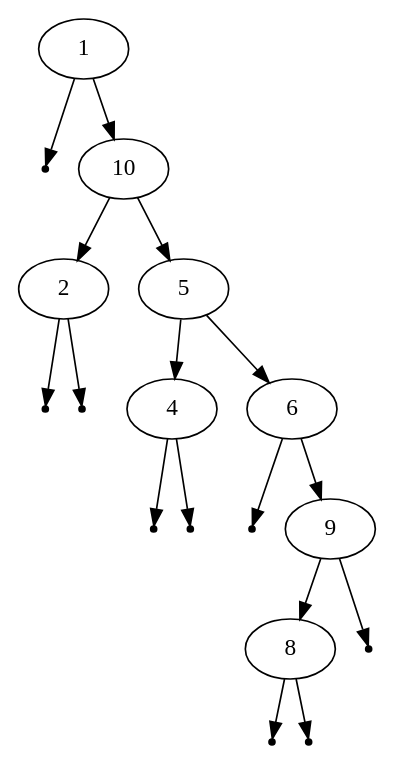
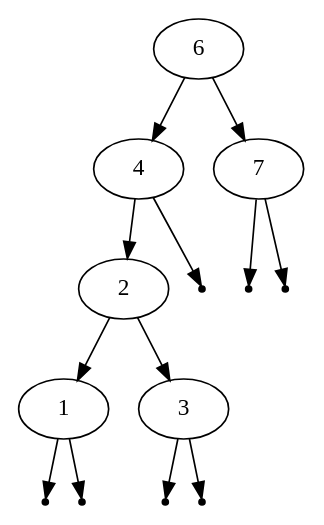
Before and after one commit to aschey/cs260: the diagram in graph.dot, drawn with Graphviz. The commit also changed 10 other files, not shown here.

```diff
--- a/graph.dot
+++ b/graph.dot
@@ -1,36 +1,28 @@
 digraph {
 graph [ordering="out"];
-Node0 [label=1];
+Node0 [label=6];
+Node1 [label=4];
+Node0 -> Node1;
+Node2 [label=7];
+Node0 -> Node2;
+Node3 [label=2];
+Node1 -> Node3;
 Null0 [shape=point]
-;Node0 -> Null0;
-Node1 [label=10];
-Node0 -> Node1;
-Node2 [label=2];
-Node1 -> Node2;
-Node3 [label=5];
-Node1 -> Node3;
+;Node1 -> Null0;
 Null1 [shape=point]
 ;Node2 -> Null1;
 Null2 [shape=point]
 ;Node2 -> Null2;
-Node4 [label=4];
+Node4 [label=1];
 Node3 -> Node4;
-Node5 [label=6];
+Node5 [label=3];
 Node3 -> Node5;
 Null3 [shape=point]
 ;Node4 -> Null3;
 Null4 [shape=point]
 ;Node4 -> Null4;
 Null5 [shape=point]
 ;Node5 -> Null5;
-Node6 [label=9];
-Node5 -> Node6;
-Node7 [label=8];
-Node6 -> Node7;
 Null6 [shape=point]
-;Node6 -> Null6;
-Null7 [shape=point]
-;Node7 -> Null7;
-Null8 [shape=point]
-;Node7 -> Null8;
+;Node5 -> Null6;
 }
```
